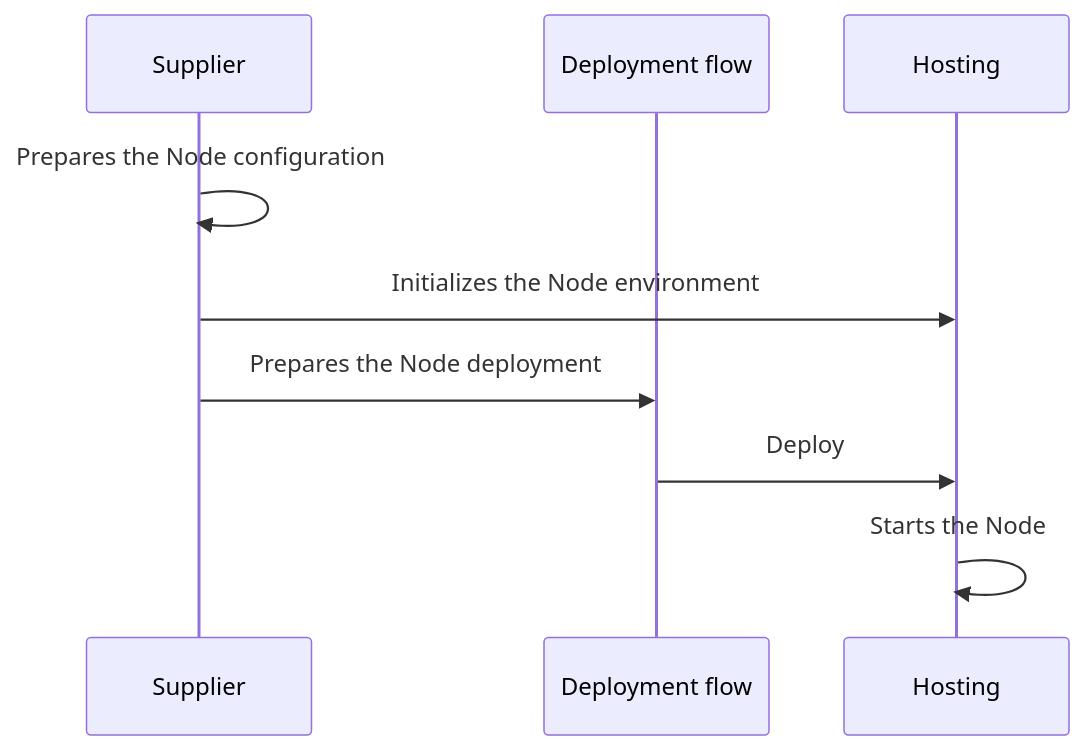
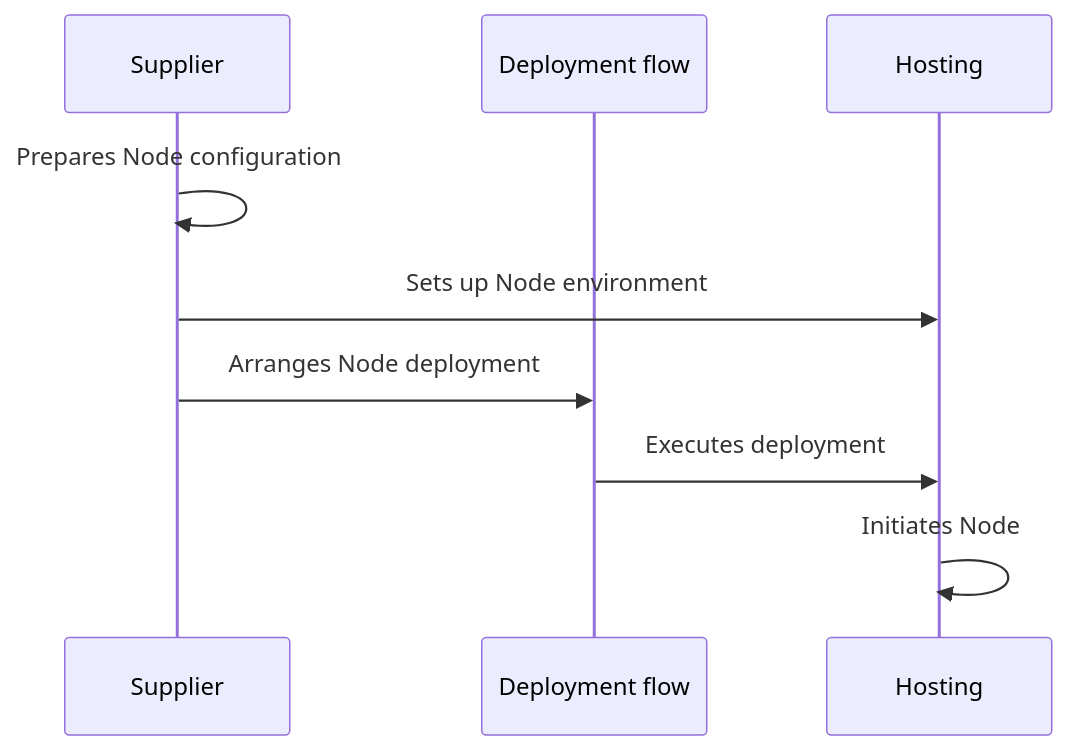
One commit to windingtree/mvp changed the third of 14 diagrams in docs/architecture.md. Above: the diagram before and after it, drawn with Mermaid. The commit also changed other lines of this file and 1 other file, not shown here.

Commit message:
docs: ✏️ Added the MVP architecture document

````diff
--- a/docs/architecture.md
+++ b/docs/architecture.md
@@ -144,12 +137,12 @@
 ```mermaid
 sequenceDiagram
   participant supplier as Supplier
   participant node as Deployment flow
   participant host as Hosting
 
-  supplier->>supplier: Prepares the Node configuration
-  supplier->>host: Initializes the Node environment
-  supplier->>node: Prepares the Node deployment
-  node->>host: Deploy
-  host->>host: Starts the Node
+  supplier->>supplier: Prepares Node configuration
+  supplier->>host: Sets up Node environment
+  supplier->>node: Arranges Node deployment
+  node->>host: Executes deployment
+  host->>host: Initiates Node
 ```
````
